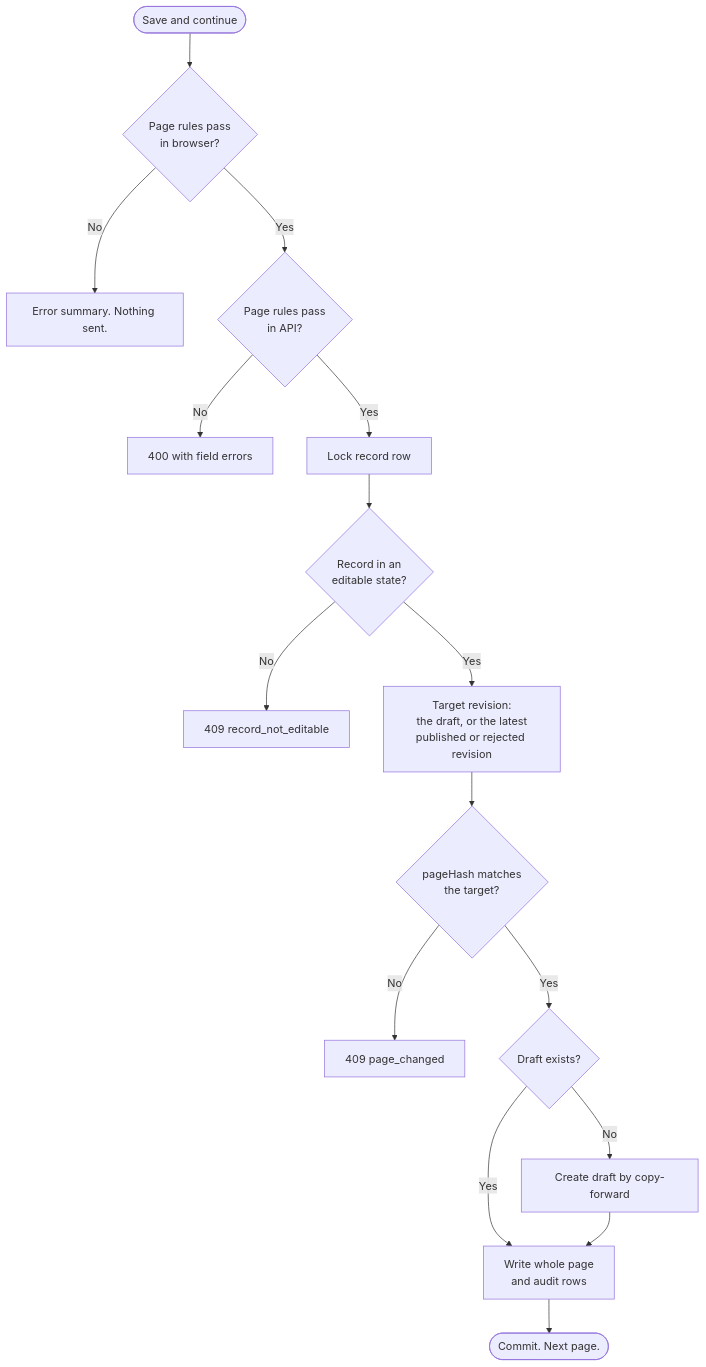
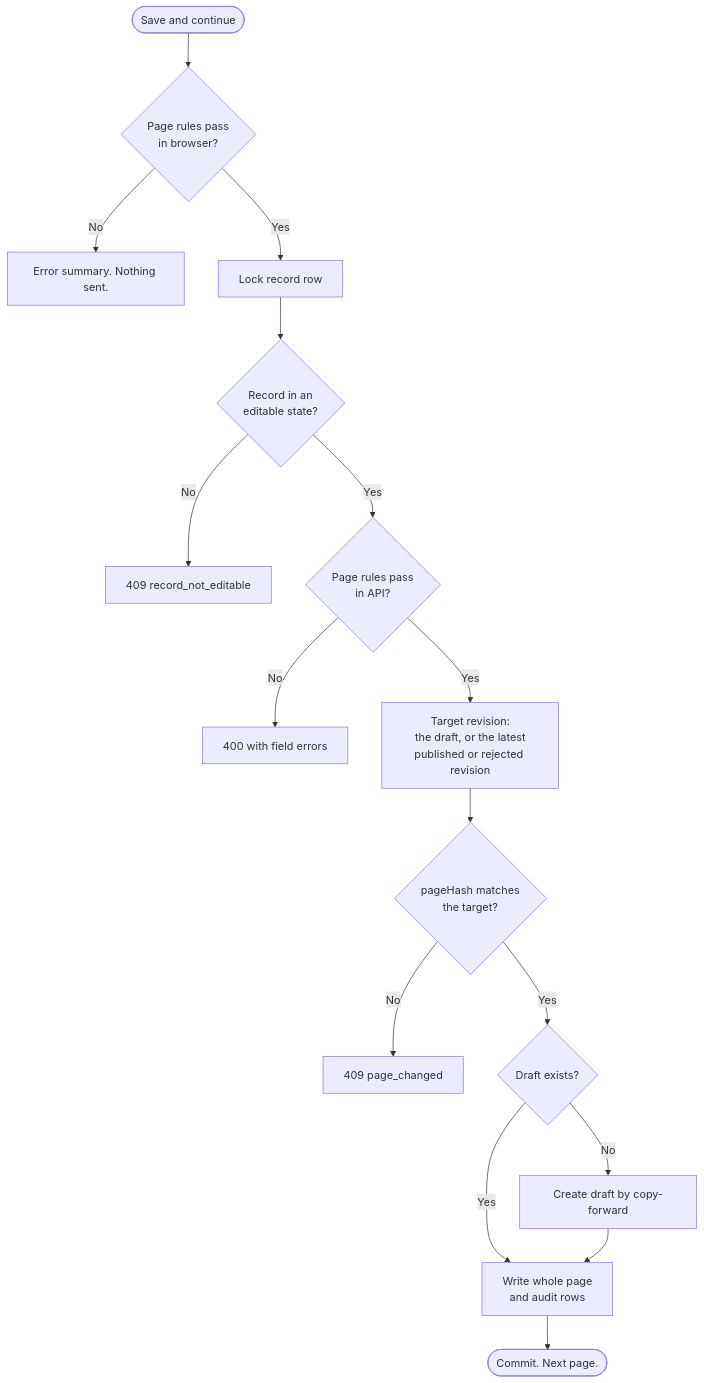
Before and after one commit to ditnice/aws-UKPS: the first of 2 diagrams in documentation/records/validation-and-concurrency.md, drawn with Mermaid. The commit also changed other lines of this file and 1 other file, not shown here.

Commit message:
added field audit sectoin and updated concurrency check on submission section

````diff
--- a/documentation/records/validation-and-concurrency.md
+++ b/documentation/records/validation-and-concurrency.md
@@ -33,18 +33,18 @@
 ```mermaid
 flowchart TD
     S([Save and continue]) --> BV{Page rules pass<br/>in browser?}
     BV -- No --> E1[Error summary. Nothing sent.]
-    BV -- Yes --> AV{Page rules pass<br/>in API?}
-    AV -- No --> E2[400 with field errors]
-    AV -- Yes --> L[Lock record row]
+    BV -- Yes --> L[Lock record row]
     L --> ED{Record in an <br/>editable state?}
     ED -- No --> E3[409 record_not_editable]
-    ED -- Yes --> T["Target revision:<br/>the draft, or the latest<br/>published or rejected revision"]
+    ED -- Yes --> AV{Page rules pass<br/>in API?}
+    AV -- No --> E2[400 with field errors]
+    AV -- Yes --> T["Target revision:<br/>the draft, or the latest<br/>published or rejected revision"]
     T --> H{pageHash matches<br/>the target?}
     H -- No --> E4[409 page_changed]
     H -- Yes --> DR{Draft exists?}
     DR -- No --> CF[Create draft by copy-forward]
     DR -- Yes --> W[Write whole page<br/>and audit rows]
     CF --> W
     W --> OK([Commit. Next page.])
 ```
````
